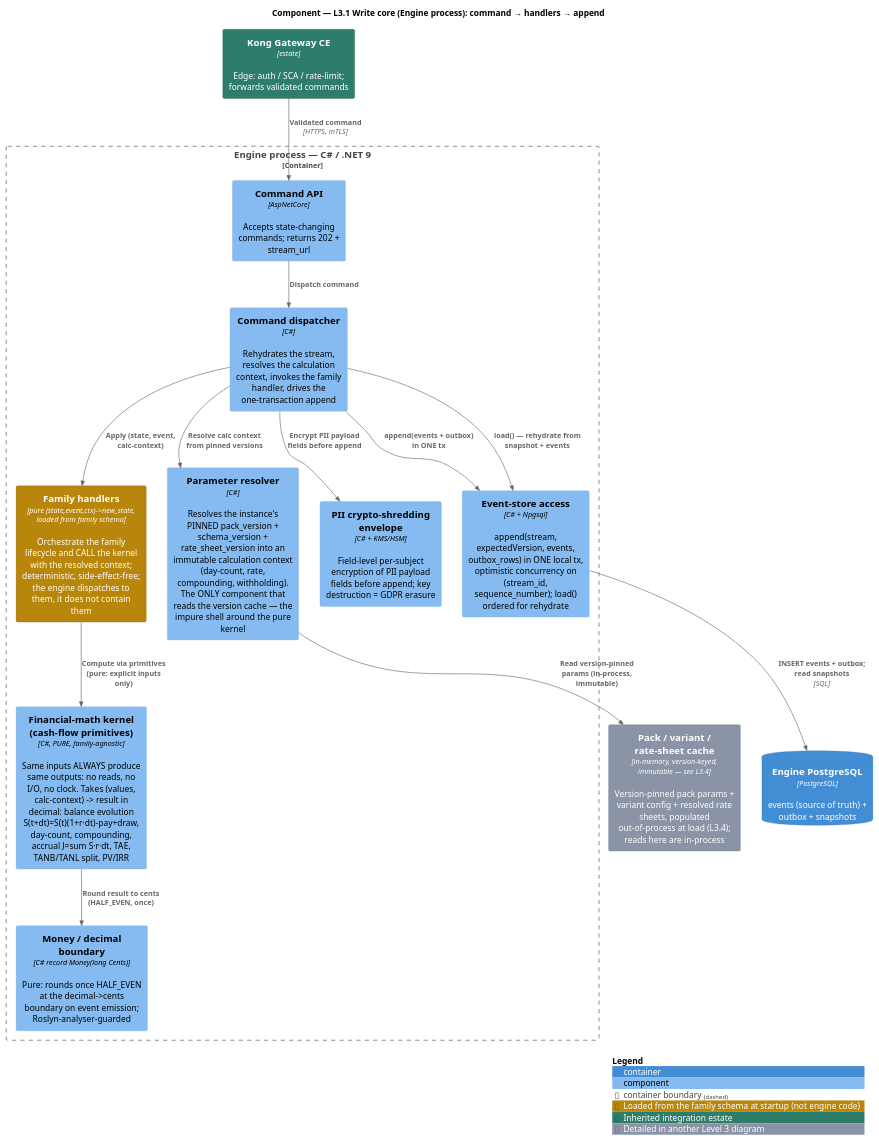
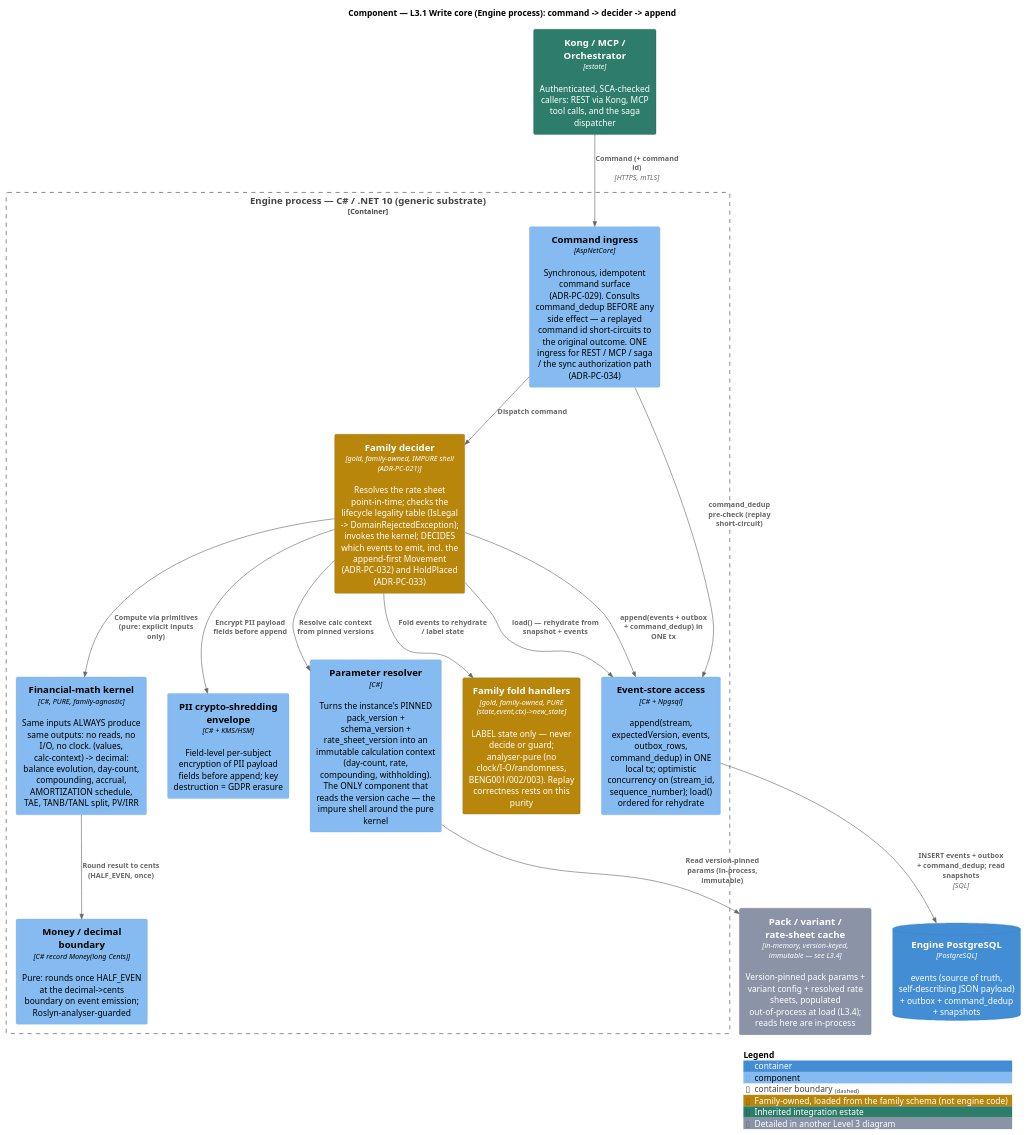
Before and after one commit to jhosm/archie: the diagram in docs/product-management/product_concepts/diagrams/c4-l3-write-core.puml, drawn with PlantUML. The commit also changed 21 other files, not shown here.

```diff
--- a/docs/product-management/product_concepts/diagrams/c4-l3-write-core.puml
+++ b/docs/product-management/product_concepts/diagrams/c4-l3-write-core.puml
@@ -1,42 +1,43 @@
 @startuml c4-l3-write-core
 ' Source of truth for Level 3.1 in ../feature-design-c4-architecture.md.
 ' Regenerate: plantuml -tsvg <this file>
 !include <C4/C4_Component>
 ' Remote fallback: !include https://raw.githubusercontent.com/plantuml-stdlib/C4-PlantUML/master/C4_Component.puml
 
-AddElementTag("family", $bgColor="#B8860B", $fontColor="#FFFFFF", $borderColor="#7A5B08", $legendText="Loaded from the family schema at startup (not engine code)")
+AddElementTag("family", $bgColor="#B8860B", $fontColor="#FFFFFF", $borderColor="#7A5B08", $legendText="Family-owned, loaded from the family schema (not engine code)")
 AddElementTag("estate", $bgColor="#2E7D6B", $fontColor="#FFFFFF", $borderColor="#1F5749", $legendText="Inherited integration estate")
 AddElementTag("ref", $bgColor="#8A94A6", $fontColor="#FFFFFF", $borderColor="#5F6A7D", $legendText="Detailed in another Level 3 diagram")
 
-title Component — L3.1 Write core (Engine process): command → handlers → append
+title Component — L3.1 Write core (Engine process): command -> decider -> append
 
-Container(kong, "Kong Gateway CE", "estate", "Edge: auth / SCA / rate-limit; forwards validated commands", $tags="estate")
+Container(callers, "Kong / MCP / Orchestrator", "estate", "Authenticated, SCA-checked callers: REST via Kong, MCP tool calls, and the saga dispatcher", $tags="estate")
 
-Container_Boundary(engine, "Engine process — C# / .NET 9") {
-  Component(api, "Command API", "AspNetCore", "Accepts state-changing commands; returns 202 + stream_url")
-  Component(dispatch, "Command dispatcher", "C#", "Rehydrates the stream, resolves the calculation context, invokes the family handler, drives the one-transaction append")
-  Component(resolver, "Parameter resolver", "C#", "Resolves the instance's PINNED pack_version + schema_version + rate_sheet_version into an immutable calculation context (day-count, rate, compounding, withholding). The ONLY component that reads the version cache — the impure shell around the pure kernel")
-  Component(handlers, "Family handlers", "pure (state,event,ctx)->new_state, loaded from family schema", "Orchestrate the family lifecycle and CALL the kernel with the resolved context; deterministic, side-effect-free; the engine dispatches to them, it does not contain them", $tags="family")
-  Component(kernel, "Financial-math kernel (cash-flow primitives)", "C#, PURE, family-agnostic", "Same inputs ALWAYS produce same outputs: no reads, no I/O, no clock. Takes (values, calc-context) -> result in decimal: balance evolution S(t+dt)=S(t)(1+r·dt)-pay+draw, day-count, compounding, accrual J=sum S·r·dt, TAE, TANB/TANL split, PV/IRR")
+Container_Boundary(engine, "Engine process — C# / .NET 10 (generic substrate)") {
+  Component(ingress, "Command ingress", "AspNetCore", "Synchronous, idempotent command surface (ADR-PC-029). Consults command_dedup BEFORE any side effect — a replayed command id short-circuits to the original outcome. ONE ingress for REST / MCP / saga / the sync authorization path (ADR-PC-034)")
+  Component(decider, "Family decider", "gold, family-owned, IMPURE shell (ADR-PC-021)", "Resolves the rate sheet point-in-time; checks the lifecycle legality table (IsLegal -> DomainRejectedException); invokes the kernel; DECIDES which events to emit, incl. the append-first Movement (ADR-PC-032) and HoldPlaced (ADR-PC-033)", $tags="family")
+  Component(folds, "Family fold handlers", "gold, family-owned, PURE (state,event,ctx)->new_state", "LABEL state only — never decide or guard; analyser-pure (no clock/I-O/randomness, BENG001/002/003). Replay correctness rests on this purity", $tags="family")
+  Component(resolver, "Parameter resolver", "C#", "Turns the instance's PINNED pack_version + schema_version + rate_sheet_version into an immutable calculation context (day-count, rate, compounding, withholding). The ONLY component that reads the version cache — the impure shell around the pure kernel")
+  Component(kernel, "Financial-math kernel", "C#, PURE, family-agnostic", "Same inputs ALWAYS produce same outputs: no reads, no I/O, no clock. (values, calc-context) -> decimal: balance evolution, day-count, compounding, accrual, AMORTIZATION schedule, TAE, TANB/TANL split, PV/IRR")
   Component(money, "Money / decimal boundary", "C# record Money(long Cents)", "Pure: rounds once HALF_EVEN at the decimal->cents boundary on event emission; Roslyn-analyser-guarded")
   Component(crypto, "PII crypto-shredding envelope", "C# + KMS/HSM", "Field-level per-subject encryption of PII payload fields before append; key destruction = GDPR erasure")
-  Component(esa, "Event-store access", "C# + Npgsql", "append(stream, expectedVersion, events, outbox_rows) in ONE local tx, optimistic concurrency on (stream_id, sequence_number); load() ordered for rehydrate")
+  Component(esa, "Event-store access", "C# + Npgsql", "append(stream, expectedVersion, events, outbox_rows, command_dedup) in ONE local tx; optimistic concurrency on (stream_id, sequence_number); load() ordered for rehydrate")
 }
 
 Component(packcache, "Pack / variant / rate-sheet cache", "in-memory, version-keyed, immutable — see L3.4", "Version-pinned pack params + variant config + resolved rate sheets, populated out-of-process at load (L3.4); reads here are in-process", $tags="ref")
-ContainerDb(pg, "Engine PostgreSQL", "PostgreSQL", "events (source of truth) + outbox + snapshots")
+ContainerDb(pg, "Engine PostgreSQL", "PostgreSQL", "events (source of truth, self-describing JSON payload) + outbox + command_dedup + snapshots")
 
-Rel(kong, api, "Validated command", "HTTPS, mTLS")
-Rel(api, dispatch, "Dispatch command")
-Rel(dispatch, esa, "load() — rehydrate from snapshot + events")
-Rel(dispatch, resolver, "Resolve calc context from pinned versions")
+Rel(callers, ingress, "Command (+ command id)", "HTTPS, mTLS")
+Rel(ingress, esa, "command_dedup pre-check (replay short-circuit)")
+Rel(ingress, decider, "Dispatch command")
+Rel(decider, esa, "load() — rehydrate from snapshot + events")
+Rel(decider, folds, "Fold events to rehydrate / label state")
+Rel(decider, resolver, "Resolve calc context from pinned versions")
 Rel(resolver, packcache, "Read version-pinned params (in-process, immutable)")
-Rel(dispatch, handlers, "Apply (state, event, calc-context)")
-Rel(handlers, kernel, "Compute via primitives (pure: explicit inputs only)")
+Rel(decider, kernel, "Compute via primitives (pure: explicit inputs only)")
 Rel(kernel, money, "Round result to cents (HALF_EVEN, once)")
-Rel(dispatch, crypto, "Encrypt PII payload fields before append")
-Rel(dispatch, esa, "append(events + outbox) in ONE tx")
-Rel(esa, pg, "INSERT events + outbox; read snapshots", "SQL")
+Rel(decider, crypto, "Encrypt PII payload fields before append")
+Rel(decider, esa, "append(events + outbox + command_dedup) in ONE tx")
+Rel(esa, pg, "INSERT events + outbox + command_dedup; read snapshots", "SQL")
 
 SHOW_LEGEND()
 @enduml
```
